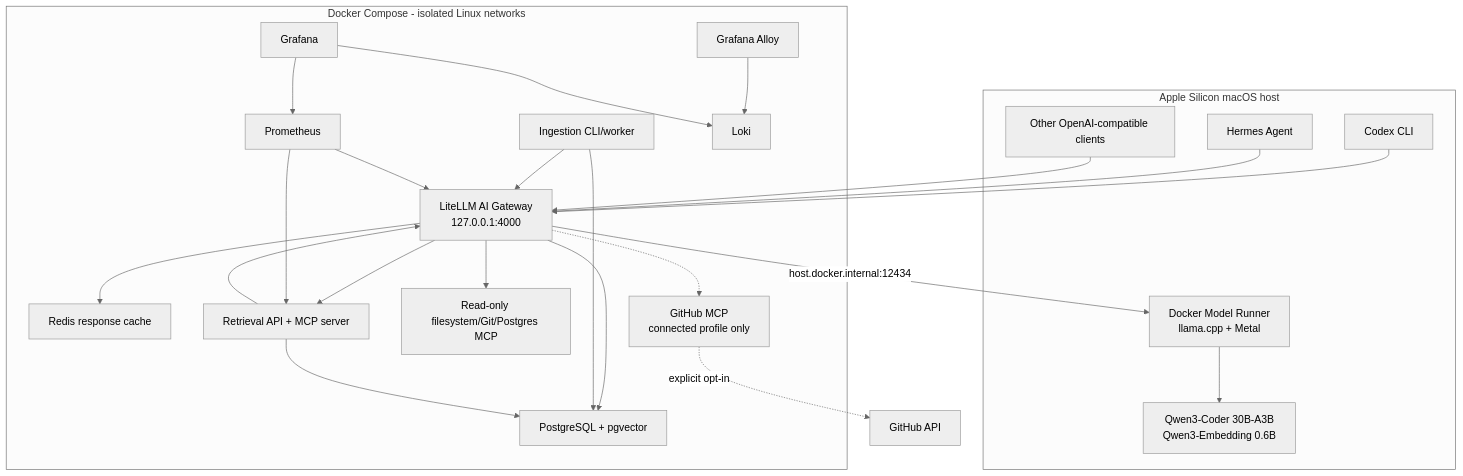
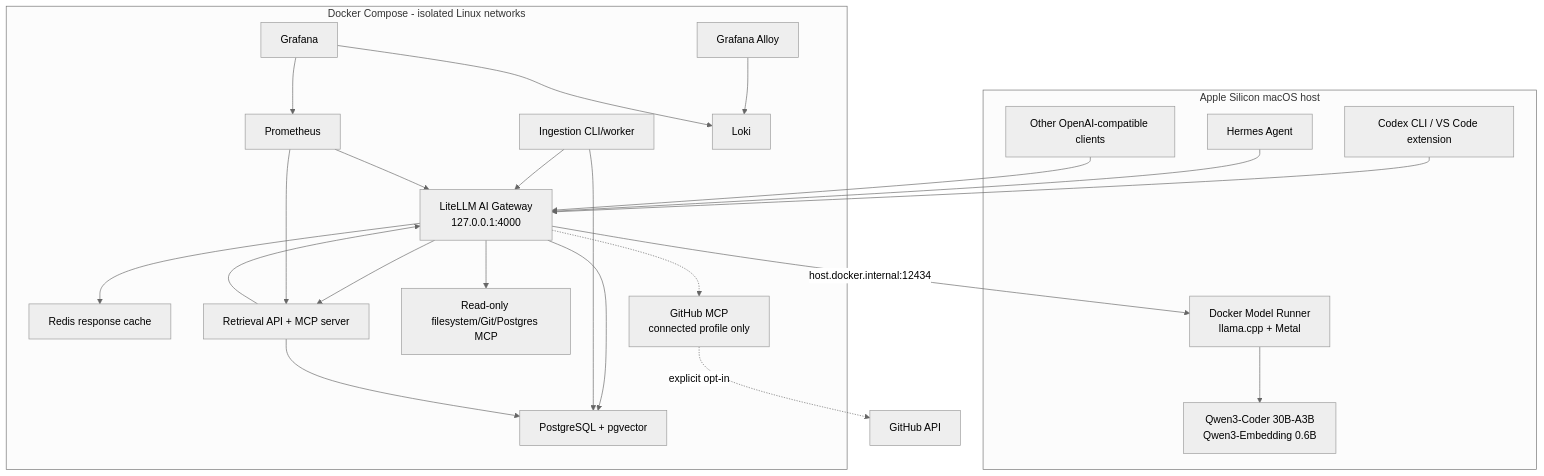
Before and after one commit to taras-kolodchyn/local-ai-platform: the first of 4 diagrams in docs/architecture.md, drawn with Mermaid (neutral theme). The commit also changed other lines of this file and 16 other files, not shown here.

Commit message:
feat: add native VS Code Codex workflow

````diff
--- a/docs/architecture.md
+++ b/docs/architecture.md
@@ -14,46 +14,46 @@
 ```mermaid
 flowchart TB
     subgraph Host["Apple Silicon macOS host"]
-        Codex["Codex CLI"]
+        Codex["Codex CLI / VS Code extension"]
         Hermes["Hermes Agent"]
         Other["Other OpenAI-compatible clients"]
         DMR["Docker Model Runner\nllama.cpp + Metal"]
         Qwen["Qwen3-Coder 30B-A3B\nQwen3-Embedding 0.6B"]
         DMR --> Qwen
     end
 
     subgraph Compose["Docker Compose - isolated Linux networks"]
         LiteLLM["LiteLLM AI Gateway\n127.0.0.1:4000"]
         Redis["Redis response cache"]
         Postgres["PostgreSQL + pgvector"]
         Ingestion["Ingestion CLI/worker"]
         Retrieval["Retrieval API + MCP server"]
         OfflineTools["Read-only filesystem/Git/Postgres MCP"]
         GitHubMCP["GitHub MCP\nconnected profile only"]
         Prometheus["Prometheus"]
         Loki["Loki"]
         Alloy["Grafana Alloy"]
         Grafana["Grafana"]
 
         LiteLLM --> Redis
         LiteLLM --> Postgres
         Ingestion --> LiteLLM
         Ingestion --> Postgres
         Retrieval --> LiteLLM
         Retrieval --> Postgres
         LiteLLM --> Retrieval
         LiteLLM --> OfflineTools
         LiteLLM -.-> GitHubMCP
         Prometheus --> LiteLLM
         Prometheus --> Retrieval
         Alloy --> Loki
         Grafana --> Prometheus
         Grafana --> Loki
     end
 
     Codex --> LiteLLM
     Hermes --> LiteLLM
     Other --> LiteLLM
     LiteLLM -->|"host.docker.internal:12434"| DMR
     GitHubMCP -. "explicit opt-in" .-> GitHub["GitHub API"]
 ```
````
